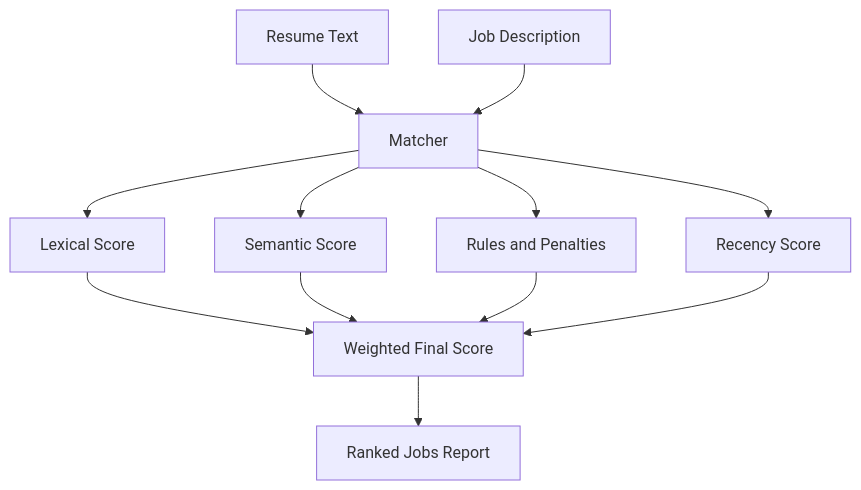
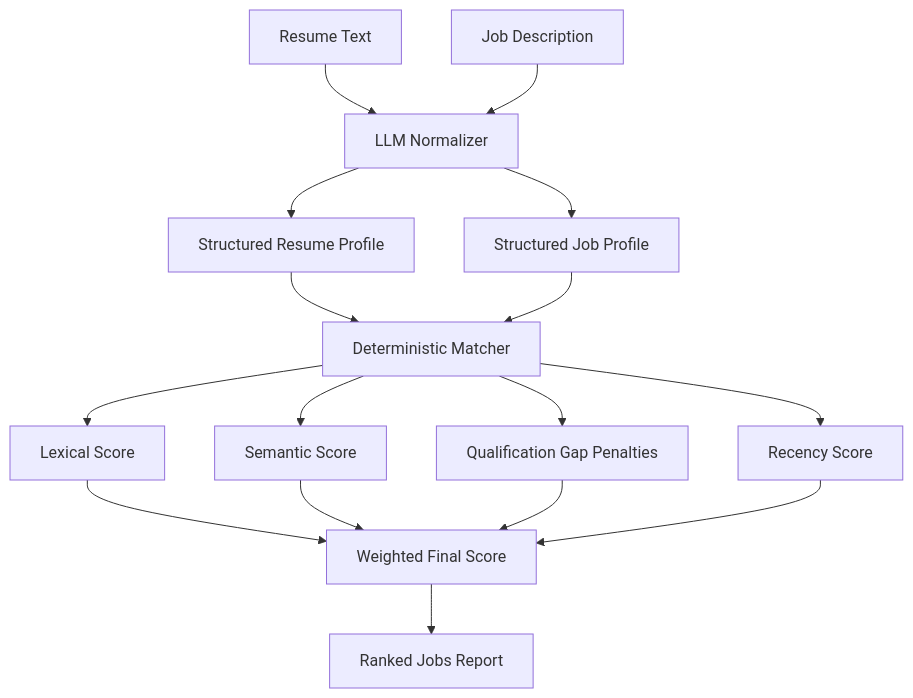
One commit to shankr/dada changed the first of 2 diagrams in README.md. Above: the diagram before and after it, drawn with Mermaid. The commit also changed other lines of this file and 41 other files, not shown here.

Commit message:
Move the codebase to python completely - scrape using Playwright, use LLM to get structured data from job description and use that structured data for semantic search

````diff
--- a/README.md
+++ b/README.md
@@ -32,14 +31,18 @@
 ```mermaid
 flowchart TD
-    A[Resume Text] --> B[Matcher]
+    A[Resume Text] --> B[LLM Normalizer]
     C[Job Description] --> B
-    B --> D[Lexical Score]
-    B --> E[Semantic Score]
-    B --> F[Rules and Penalties]
-    B --> G[Recency Score]
-    D --> H[Weighted Final Score]
-    E --> H
-    F --> H
-    G --> H
-    H --> I[Ranked Jobs Report]
+    B --> D[Structured Resume Profile]
+    B --> E[Structured Job Profile]
+    D --> F[Deterministic Matcher]
+    E --> F
+    F --> G[Lexical Score]
+    F --> H[Semantic Score]
+    F --> I[Qualification Gap Penalties]
+    F --> J[Recency Score]
+    G --> K[Weighted Final Score]
+    H --> K
+    I --> K
+    J --> K
+    K --> L[Ranked Jobs Report]
 ```
````
